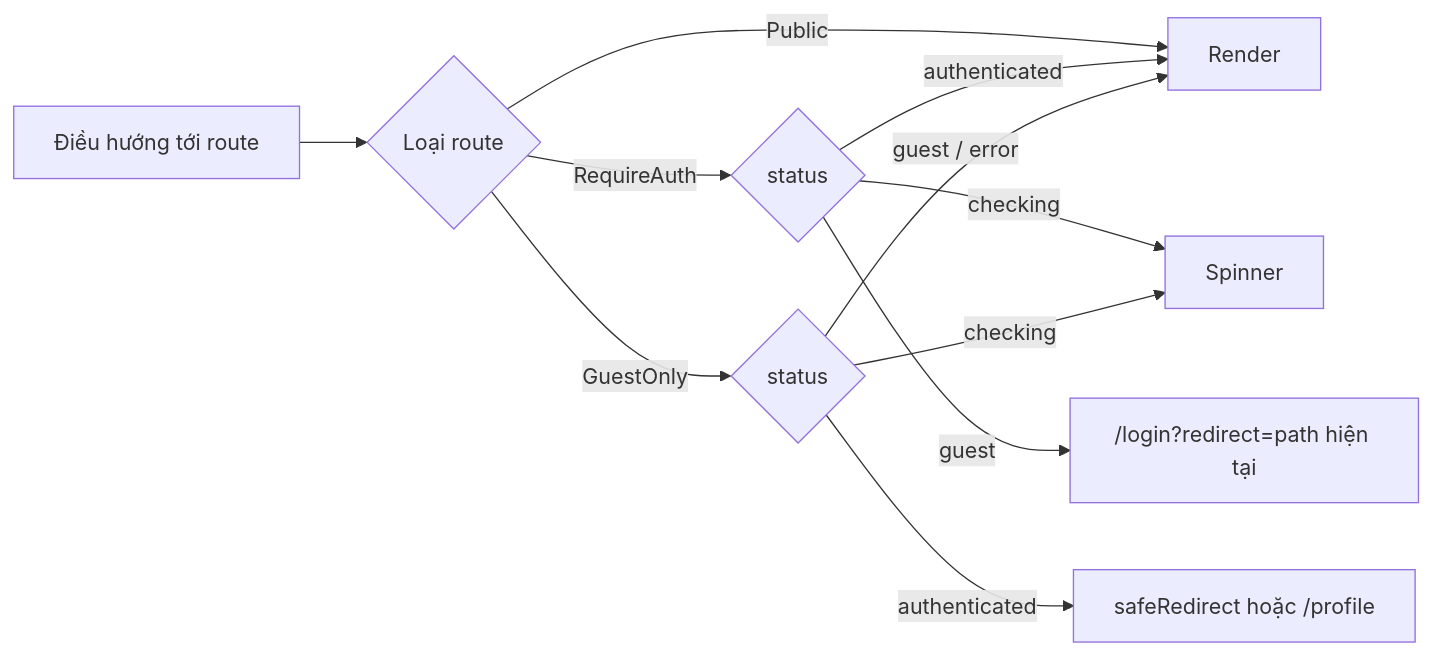
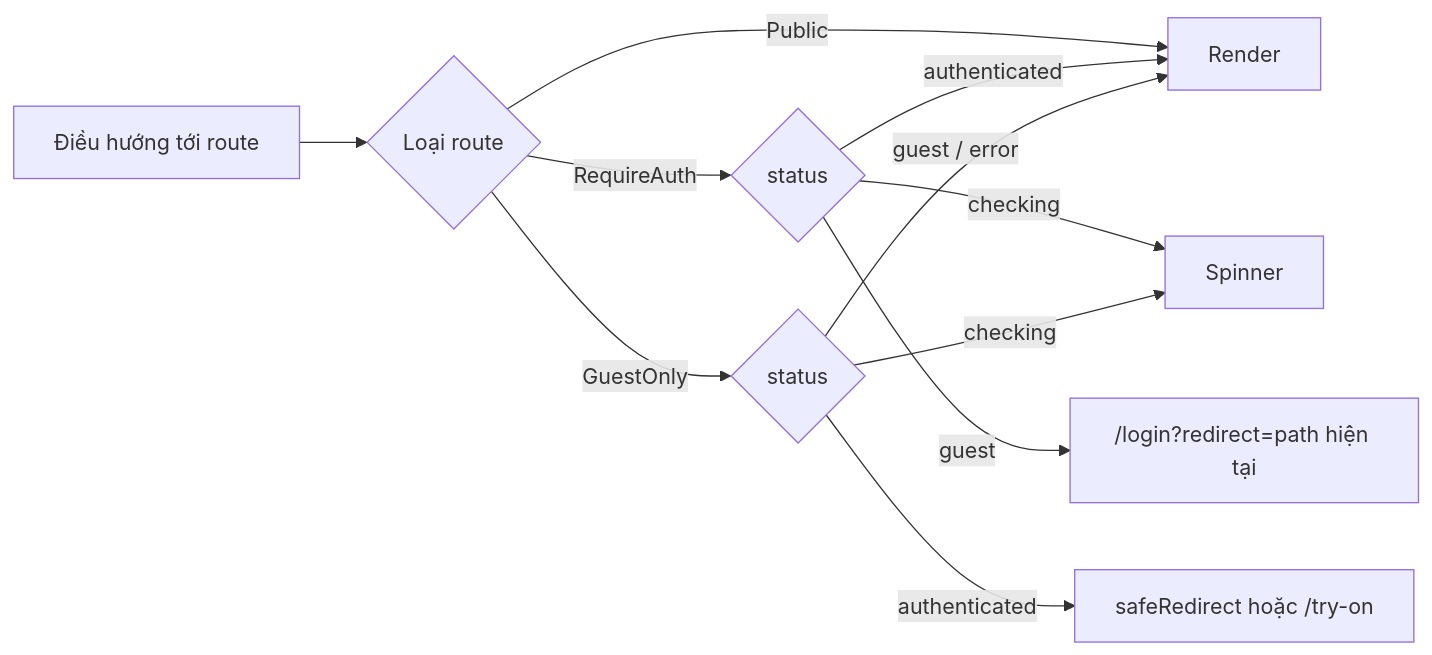
One commit to tqk3101/try-on changed the third of 5 diagrams in design/flows/logout-protected-routes.md. Above: the diagram before and after it, drawn with Mermaid. The commit also changed other lines of this file and 13 other files, not shown here.

````diff
--- a/design/flows/logout-protected-routes.md
+++ b/design/flows/logout-protected-routes.md
@@ -64,13 +64,13 @@
 ```mermaid
 flowchart LR
     N[Điều hướng tới route] --> P{Loại route}
     P -- Public --> OK[Render]
     P -- RequireAuth --> Q{status}
     Q -- checking --> SP[Spinner]
     Q -- guest --> LG["/login?redirect=path hiện tại"]
     Q -- authenticated --> OK
     P -- GuestOnly --> W{status}
-    W -- authenticated --> PR["safeRedirect hoặc /profile"]
+    W -- authenticated --> PR["safeRedirect hoặc /try-on"]
     W -- "guest / error" --> OK
     W -- checking --> SP
 ```
````
